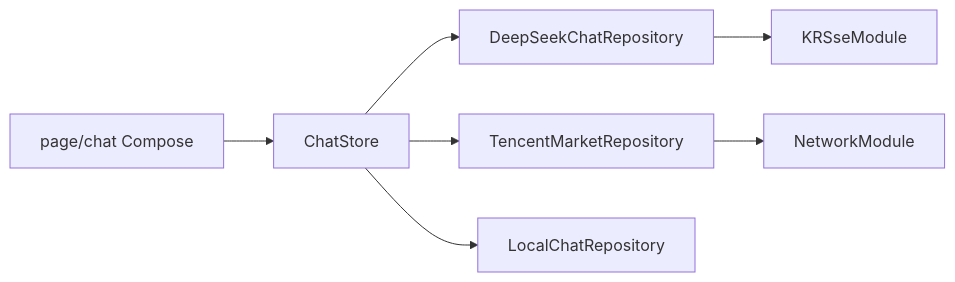
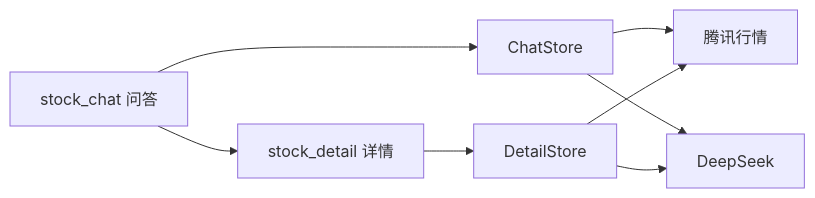
One commit to donk945/StockApplication changed the diagram in README.md. Above: the diagram before and after it, drawn with Mermaid. The commit also changed other lines of this file and 95 other files, not shown here.

First line of the commit message:
Ship the stock Q&A demo with launcher branding and a committed DeepSeek key.

````diff
--- a/README.md
+++ b/README.md
@@ -55,9 +36,10 @@
 ```mermaid
 flowchart LR
-  UI["page/chat Compose"] --> Store["ChatStore"]
-  Store --> AI["DeepSeekChatRepository"]
-  Store --> Mkt["TencentMarketRepository"]
-  Store --> Hist["LocalChatRepository"]
-  AI --> SSE["KRSseModule"]
-  Mkt --> Net["NetworkModule"]
+  Chat["stock_chat 问答"] --> Detail["stock_detail 详情"]
+  Chat --> Store["ChatStore"]
+  Detail --> DStore["DetailStore"]
+  Store --> AI["DeepSeek"]
+  Store --> Mkt["腾讯行情"]
+  DStore --> Mkt
+  DStore --> AI
 ```
````
